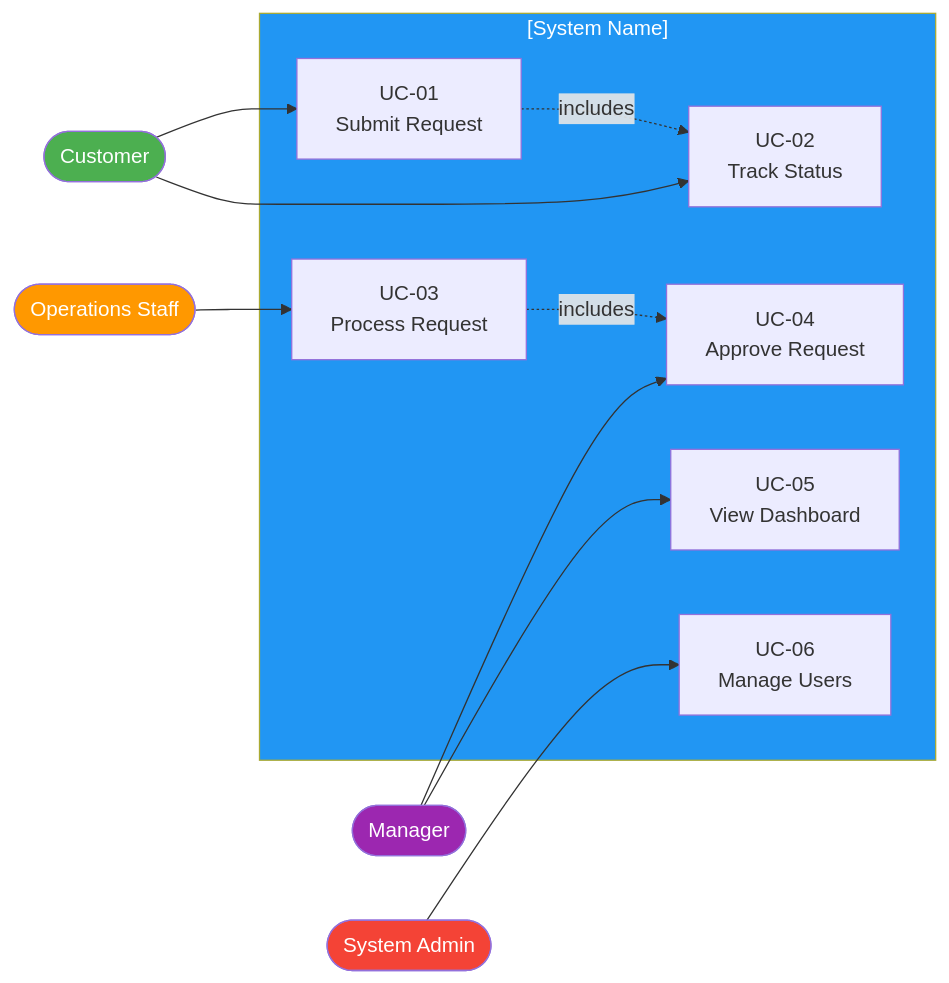
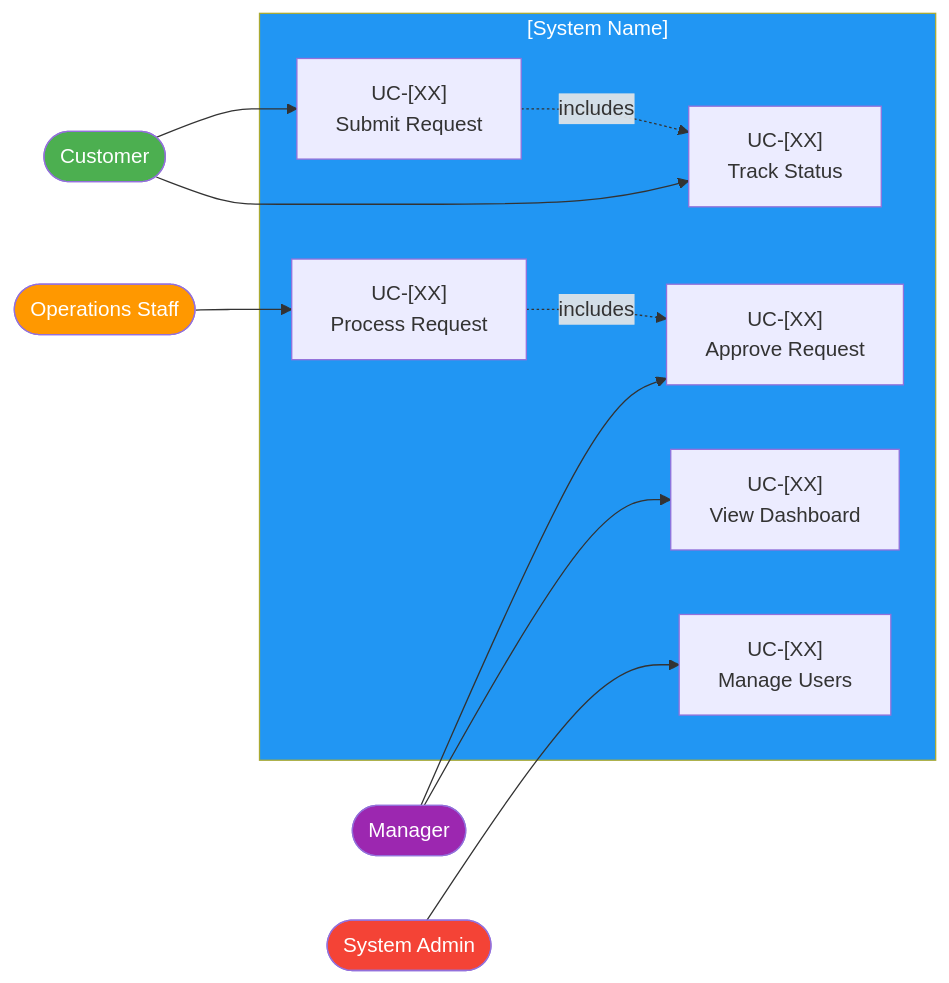
The diagram in document-template/04_Requirements_Engineering/Use-Case-Specifications.md (oat431/swe-knowledge), drawn with Mermaid before and after one commit. The commit also changed other lines of this file and 50 other files, not shown here.

````diff
--- a/document-template/04_Requirements_Engineering/Use-Case-Specifications.md
+++ b/document-template/04_Requirements_Engineering/Use-Case-Specifications.md
@@ -49,26 +49,26 @@
 ```mermaid
 flowchart LR
     subgraph SYSTEM["[System Name]"]
-        UC1[UC-01<br>Submit Request]
-        UC2[UC-02<br>Track Status]
-        UC3[UC-03<br>Process Request]
-        UC4[UC-04<br>Approve Request]
-        UC5[UC-05<br>View Dashboard]
-        UC6[UC-06<br>Manage Users]
+        UC1["UC-[XX]<br>Submit Request"]
+        UC2["UC-[XX]<br>Track Status"]
+        UC3["UC-[XX]<br>Process Request"]
+        UC4["UC-[XX]<br>Approve Request"]
+        UC5["UC-[XX]<br>View Dashboard"]
+        UC6["UC-[XX]<br>Manage Users"]
     end
 
     CUST([Customer]) --> UC1
     CUST --> UC2
     OPS([Operations Staff]) --> UC3
     MGR([Manager]) --> UC4
     MGR --> UC5
     ADMIN([System Admin]) --> UC6
     UC1 -.->|includes| UC2
     UC3 -.->|includes| UC4
 
     style SYSTEM fill:#2196F3,color:#fff
     style CUST fill:#4CAF50,color:#fff
     style OPS fill:#FF9800,color:#fff
     style MGR fill:#9C27B0,color:#fff
     style ADMIN fill:#f44336,color:#fff
 ```
````
